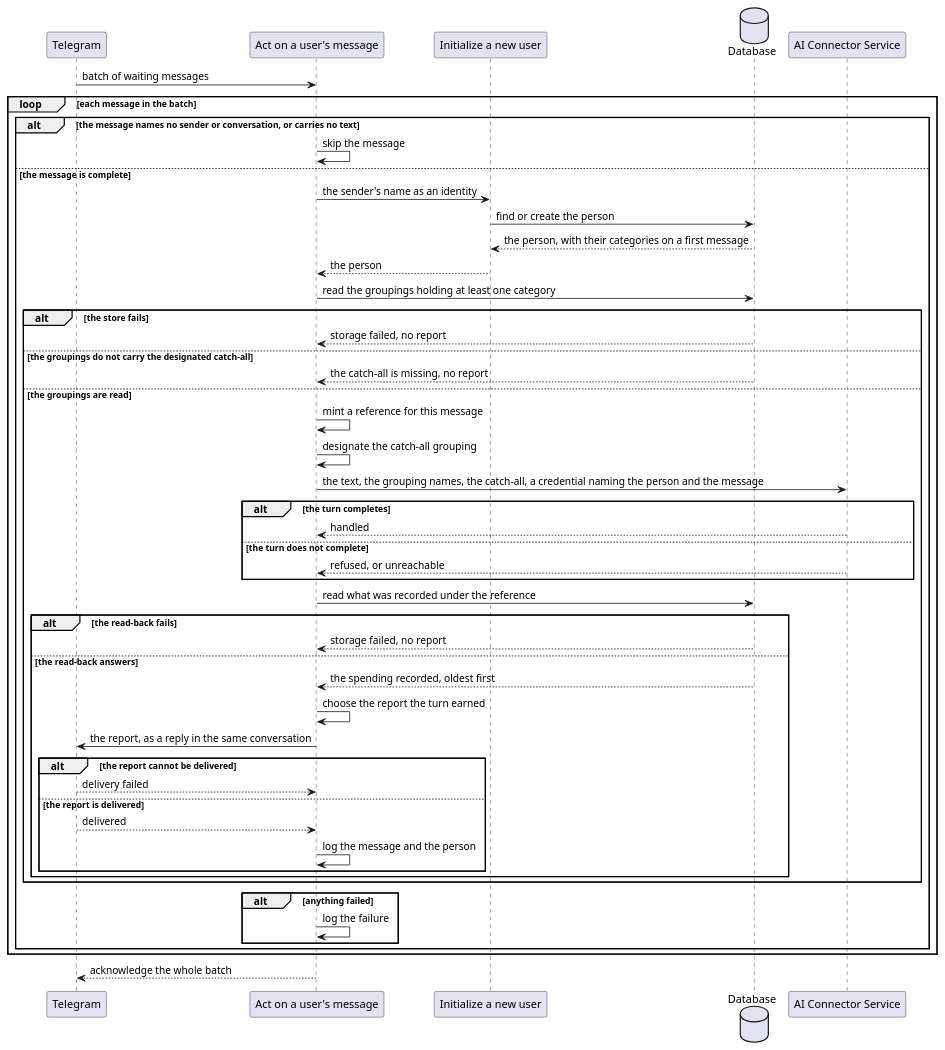
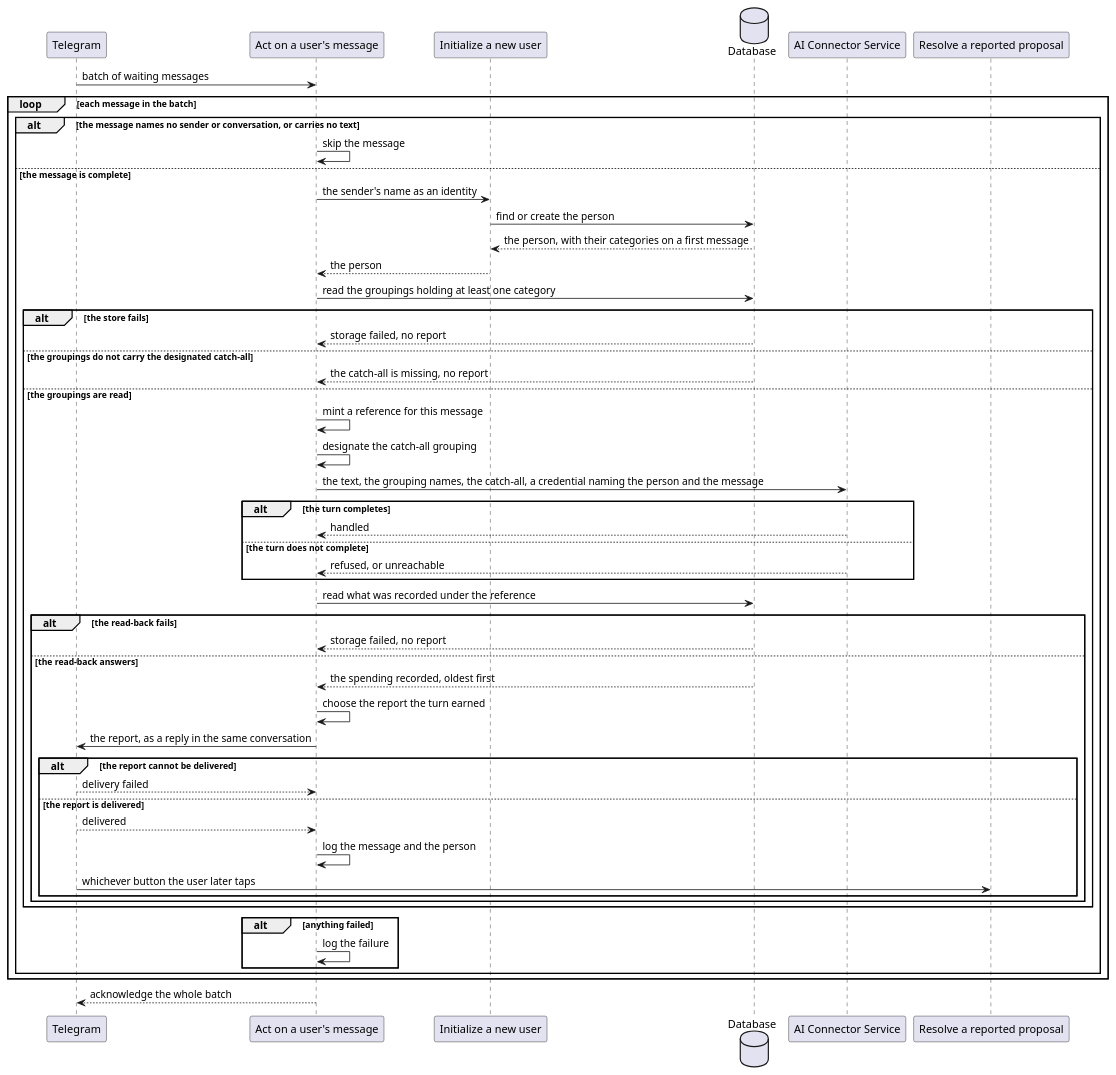
The second of 2 diagrams in ledger-service/docs/usecases/handle-incoming-message.md (ds-usova/finance-bot), drawn with PlantUML before and after one commit. The commit also changed other lines of this file and 88 other files, not shown here.

````diff
--- a/ledger-service/docs/usecases/handle-incoming-message.md
+++ b/ledger-service/docs/usecases/handle-incoming-message.md
@@ -156,56 +162,58 @@
 ```plantuml
 @startuml ActOnUserMessage-Sequence
 participant "Telegram" as TG
 participant "Act on a user's message" as UC
 participant "Initialize a new user" as IU
 database "Database" as DB
 participant "AI Connector Service" as AI
+participant "Resolve a reported proposal" as RP
 
 TG -> UC : batch of waiting messages
 
 loop each message in the batch
   alt the message names no sender or conversation, or carries no text
     UC -> UC : skip the message
   else the message is complete
     UC -> IU : the sender's name as an identity
     IU -> DB : find or create the person
     DB --> IU : the person, with their categories on a first message
     IU --> UC : the person
     UC -> DB : read the groupings holding at least one category
     alt the store fails
       DB --> UC : storage failed, no report
     else the groupings do not carry the designated catch-all
       DB --> UC : the catch-all is missing, no report
     else the groupings are read
       UC -> UC : mint a reference for this message
       UC -> UC : designate the catch-all grouping
       UC -> AI : the text, the grouping names, the catch-all, a credential naming the person and the message
       alt the turn completes
         AI --> UC : handled
       else the turn does not complete
         AI --> UC : refused, or unreachable
       end
       UC -> DB : read what was recorded under the reference
       alt the read-back fails
         DB --> UC : storage failed, no report
       else the read-back answers
         DB --> UC : the spending recorded, oldest first
         UC -> UC : choose the report the turn earned
         UC -> TG : the report, as a reply in the same conversation
         alt the report cannot be delivered
           TG --> UC : delivery failed
         else the report is delivered
           TG --> UC : delivered
           UC -> UC : log the message and the person
+          TG -> RP : whichever button the user later taps
         end
       end
     end
     alt anything failed
       UC -> UC : log the failure
     end
   end
 end
 
 UC --> TG : acknowledge the whole batch
 @enduml
 ```
````
